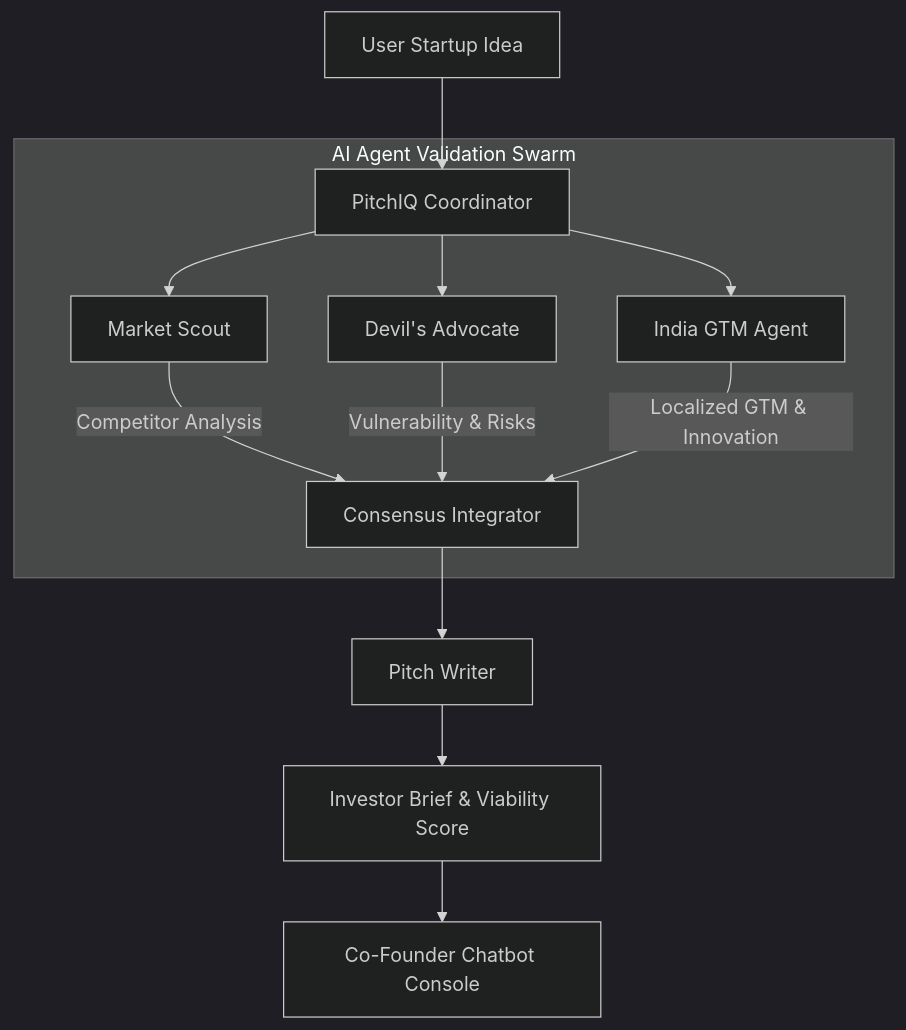
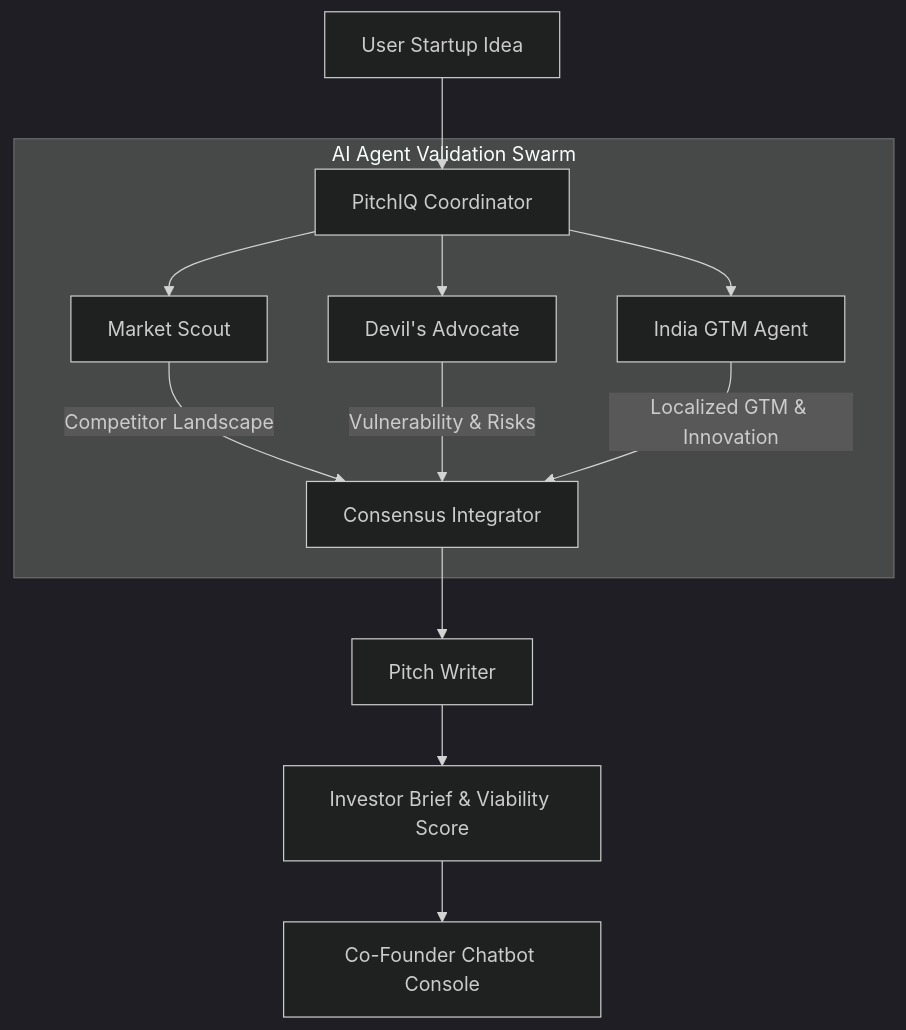
One commit to VIDYANKSHINI/PitchIQ changed the diagram in README.md. Above: the diagram before and after it, drawn with Mermaid (dark theme). The commit also changed other lines of this file, not shown here.

````diff
--- a/README.md
+++ b/README.md
@@ -13,18 +23,18 @@
 ```mermaid
 graph TD
     Input[User Startup Idea] --> Coordinator[PitchIQ Coordinator]
     
     subgraph Swarm Agents [AI Agent Validation Swarm]
         Coordinator --> Scout[Market Scout]
         Coordinator --> Devil[Devil's Advocate]
         Coordinator --> GTM[India GTM Agent]
         
-        Scout -->|Competitor Analysis| Consensus[Consensus Integrator]
+        Scout -->|Competitor Landscape| Consensus[Consensus Integrator]
         Devil -->|Vulnerability & Risks| Consensus
         GTM -->|Localized GTM & Innovation| Consensus
     end
     
     Consensus --> Writer[Pitch Writer]
     Writer --> Output[Investor Brief & Viability Score]
     Output --> Interactive[Co-Founder Chatbot Console]
 ```
````
